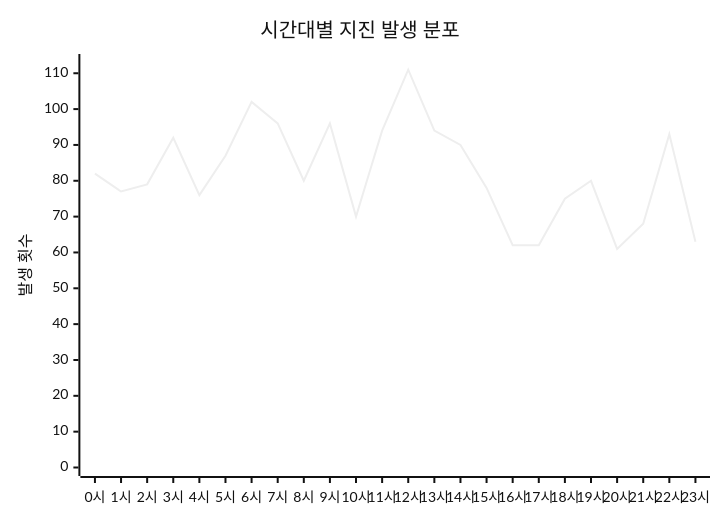
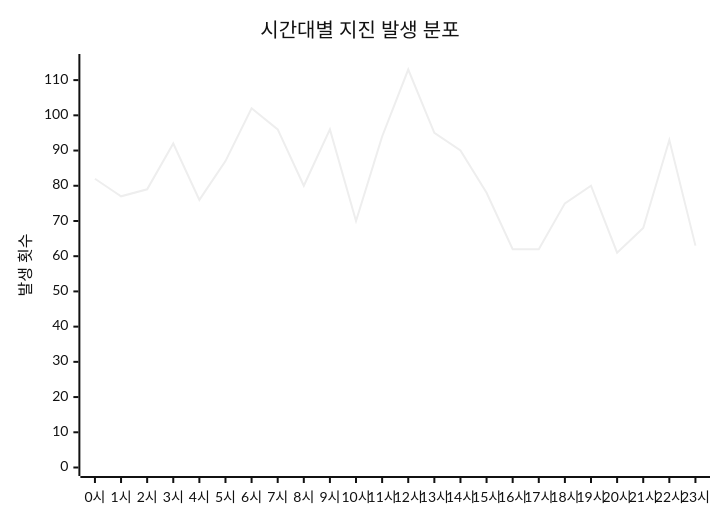
The diagram in charts/time-chart.md (serendip811/japan-eq), drawn with Mermaid (neutral theme) before and after one commit. The commit also changed other lines of this file and 5 other files, not shown here.

Commit message:
Update earthquake data and charts Mon Jul 14 13:15:06 UTC 2025

````diff
--- a/charts/time-chart.md
+++ b/charts/time-chart.md
@@ -3,7 +3,7 @@
 ```mermaid
 xychart-beta
     title "시간대별 지진 발생 분포"
     x-axis ["0시", "1시", "2시", "3시", "4시", "5시", "6시", "7시", "8시", "9시", "10시", "11시", "12시", "13시", "14시", "15시", "16시", "17시", "18시", "19시", "20시", "21시", "22시", "23시"]
-    y-axis "발생 횟수" 0 --> 113
-    line [82, 77, 79, 92, 76, 87, 102, 96, 80, 96, 70, 94, 111, 94, 90, 78, 62, 62, 75, 80, 61, 68, 93, 63]
+    y-axis "발생 횟수" 0 --> 115
+    line [82, 77, 79, 92, 76, 87, 102, 96, 80, 96, 70, 94, 113, 95, 90, 78, 62, 62, 75, 80, 61, 68, 93, 63]
 ```
````
